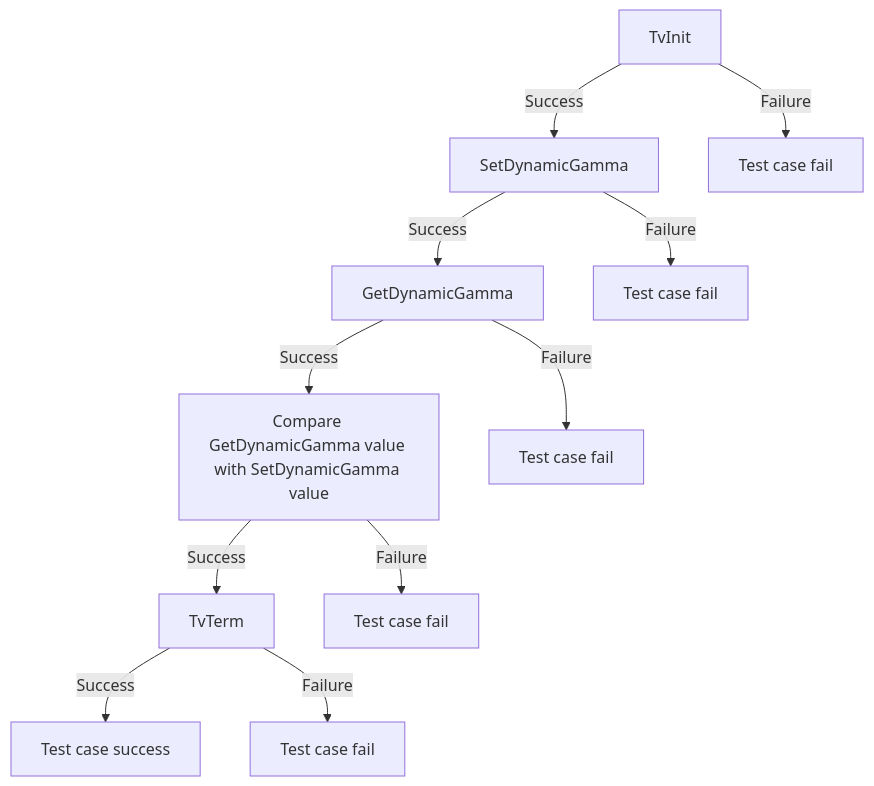
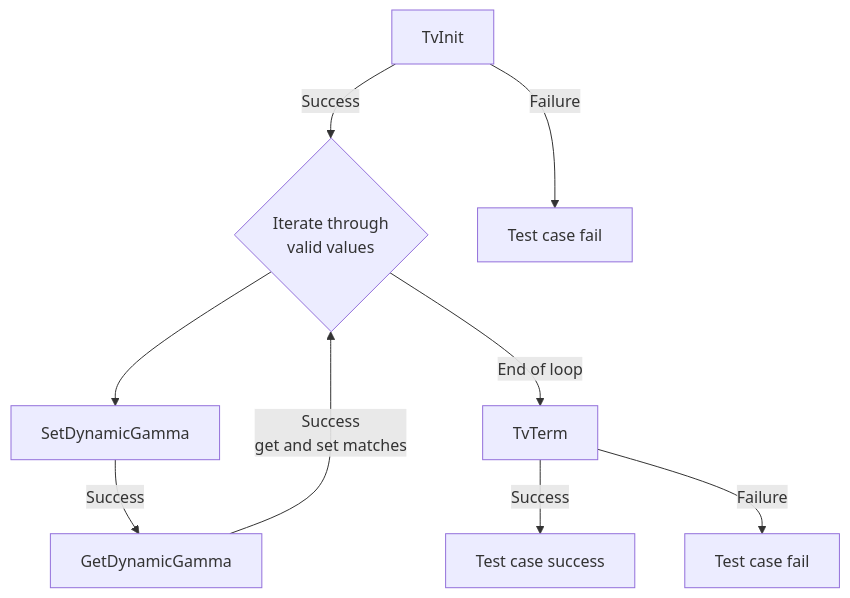
One commit to rdkcentral/rdkv-halif-test-tvsettings changed diagram 22 of 48 in docs/pages/tvSettings_L2_Low-Level_TestSpecification.md. Above: the diagram before and after it, drawn with Mermaid. The commit also changed other lines of this file and 1 other file, not shown here.

````diff
--- a/docs/pages/tvSettings_L2_Low-Level_TestSpecification.md
+++ b/docs/pages/tvSettings_L2_Low-Level_TestSpecification.md
@@ -1042,13 +1016,11 @@
 ```mermaid
 graph TB
-    A[TvInit] -->|Success| B[SetDynamicGamma]
+    A[TvInit] -->|Success| Loop{Iterate through <br> valid values}
+    Loop --> B[SetDynamicGamma]
     A -->|Failure| A1[Test case fail]
     B -->|Success| C[GetDynamicGamma]
-    B -->|Failure| B1[Test case fail]
-    C -->|Success| D[Compare GetDynamicGamma value with SetDynamicGamma value]
-    C -->|Failure| C1[Test case fail]
-    D -->|Success| E[TvTerm]
-    D -->|Failure| D1[Test case fail]
+    C -->|Success <br> get and set matches| Loop
+    Loop --> |End of loop|E[TvTerm]
     E -->|Success| F[Test case success]
     E -->|Failure| E1[Test case fail]
 ```
````
